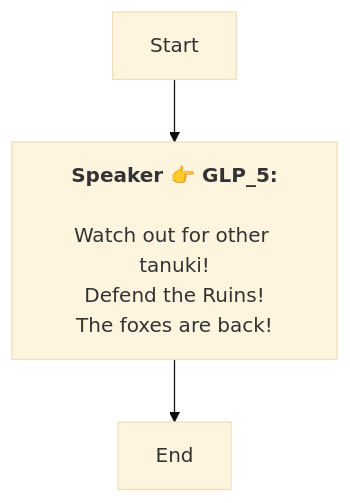
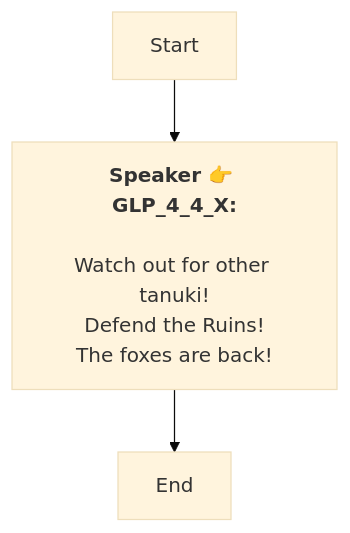
One commit to SoftHu/tos_avg changed the diagram in Zh/QuestApproachDialogNode_1777660334649097.md. Above: the diagram before and after it, drawn with Mermaid (base theme). The commit also changed 730 other files, not shown here.

````diff
--- a/Zh/QuestApproachDialogNode_1777660334649097.md
+++ b/Zh/QuestApproachDialogNode_1777660334649097.md
@@ -1,9 +1,9 @@
 ```mermaid
 graph
-Start -->1777660551023372[<b>Speaker 👉 GLP_5:</b>
+Start -->1778888218688130[<b>Speaker 👉 GLP_4_4_X:</b>
 \nWatch out for other tanuki!
 Defend the Ruins!
 The foxes are back!]
-1777660551023372 -->1777660554469133[End]
+1778888218688130 -->1777660554469133[End]
 
 ```
````
